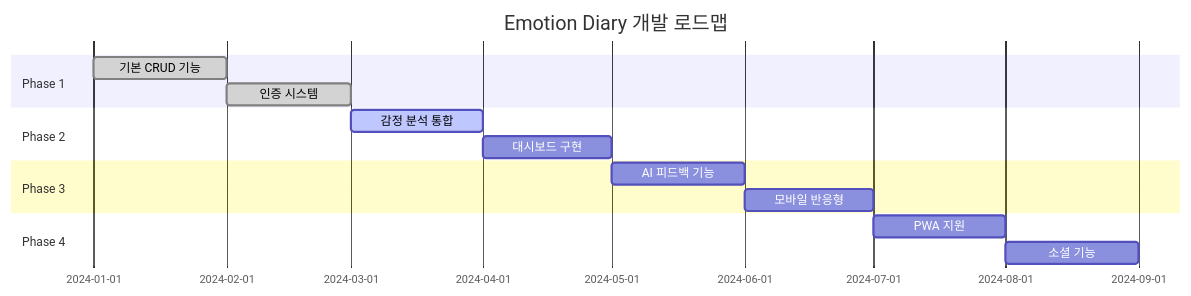
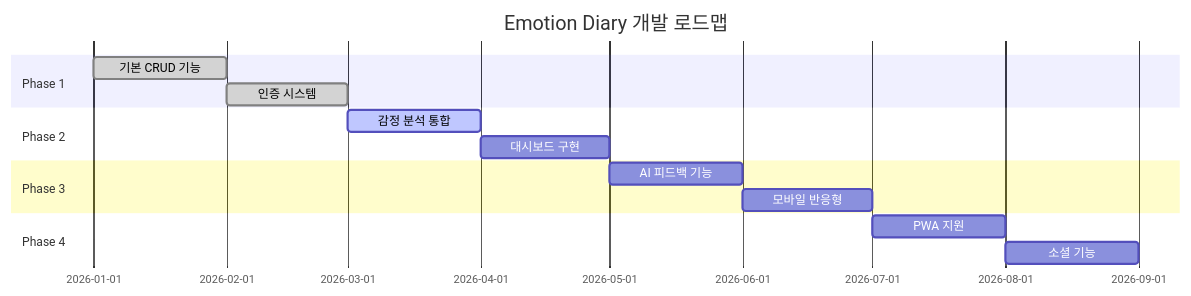
The sixth of 6 diagrams in docs/projects/emotion-diary.md (choisimo/document), drawn with Mermaid before and after one commit. The commit also changed 2 other files, not shown here.

Commit message:
feat: add SEO settings and update dates to 2026

````diff
--- a/docs/projects/emotion-diary.md
+++ b/docs/projects/emotion-diary.md
@@ -288,17 +288,17 @@
 ```mermaid
 gantt
     title Emotion Diary 개발 로드맵
     dateFormat YYYY-MM
     section Phase 1
-        기본 CRUD 기능     :done, 2024-01, 2024-02
-        인증 시스템        :done, 2024-02, 2024-03
+        기본 CRUD 기능     :done, 2026-01, 2026-02
+        인증 시스템        :done, 2026-02, 2026-03
     section Phase 2
-        감정 분석 통합     :active, 2024-03, 2024-04
-        대시보드 구현      :2024-04, 2024-05
+        감정 분석 통합     :active, 2026-03, 2026-04
+        대시보드 구현      :2026-04, 2026-05
     section Phase 3
-        AI 피드백 기능     :2024-05, 2024-06
-        모바일 반응형      :2024-06, 2024-07
+        AI 피드백 기능     :2026-05, 2026-06
+        모바일 반응형      :2026-06, 2026-07
     section Phase 4
-        PWA 지원          :2024-07, 2024-08
-        소셜 기능         :2024-08, 2024-09
+        PWA 지원          :2026-07, 2026-08
+        소셜 기능         :2026-08, 2026-09
 ```
````
